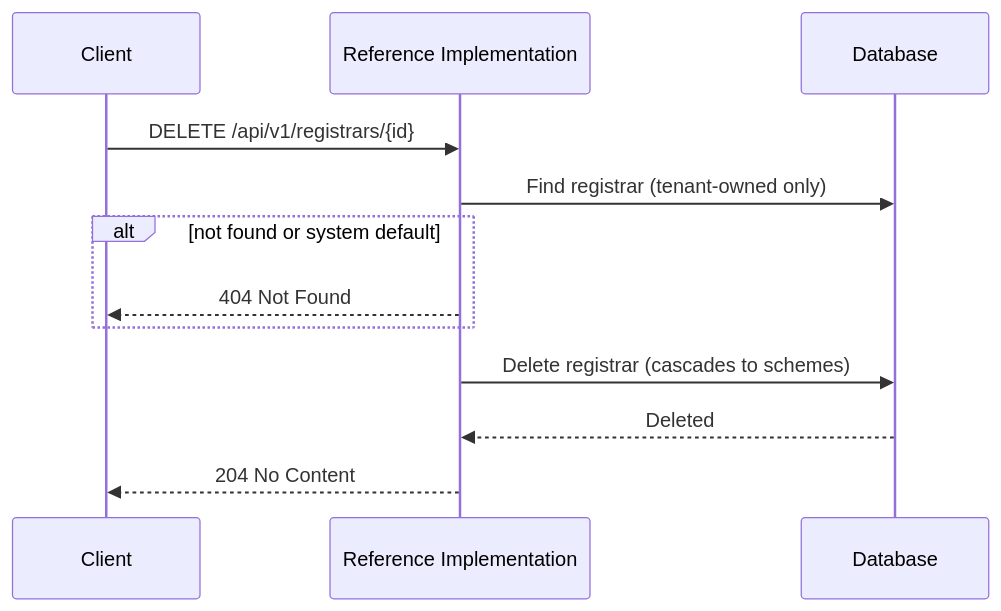
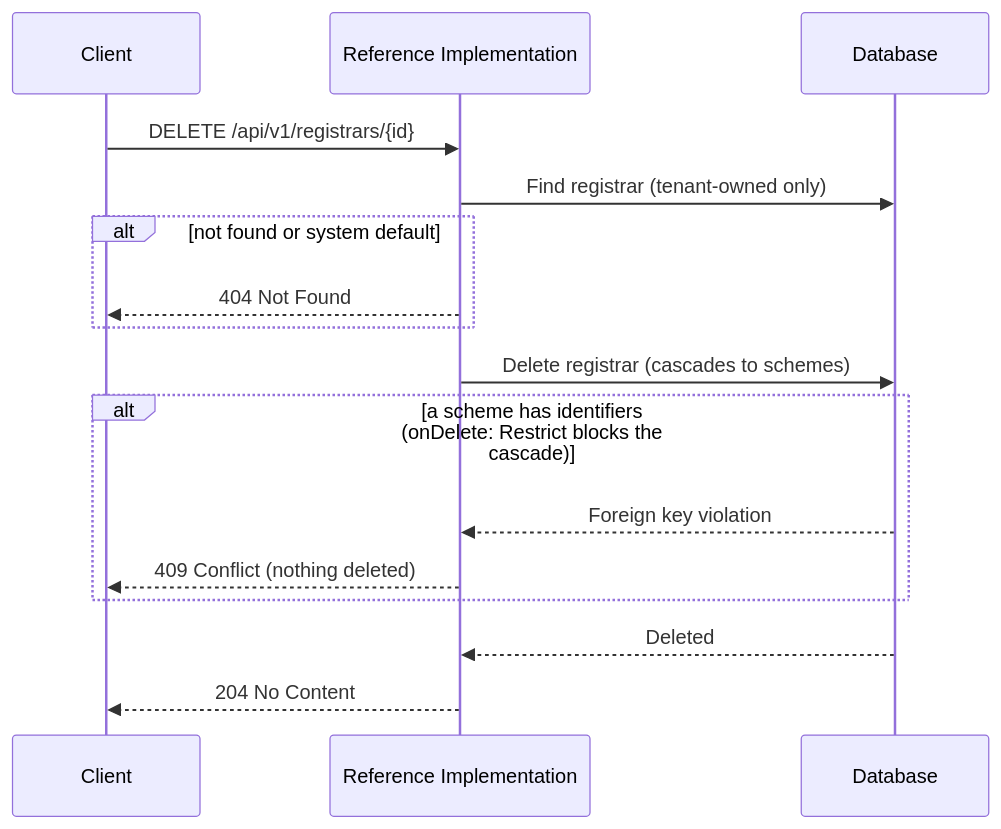
Before and after one commit to uncefact/tests-untp: the fourth of 4 diagrams in documentation/docs/reference-implementation/api/registrars.md, drawn with Mermaid. The commit also changed other lines of this file and 27 other files, not shown here.

````diff
--- a/documentation/docs/reference-implementation/api/registrars.md
+++ b/documentation/docs/reference-implementation/api/registrars.md
@@ -161,15 +183,19 @@
 ```mermaid
 sequenceDiagram
     participant Client
     participant RI as Reference Implementation
     participant DB as Database
 
     Client->>RI: DELETE /api/v1/registrars/{id}
     RI->>DB: Find registrar (tenant-owned only)
     alt not found or system default
         RI-->>Client: 404 Not Found
     end
     RI->>DB: Delete registrar (cascades to schemes)
+    alt a scheme has identifiers (onDelete: Restrict blocks the cascade)
+        DB-->>RI: Foreign key violation
+        RI-->>Client: 409 Conflict (nothing deleted)
+    end
     DB-->>RI: Deleted
     RI-->>Client: 204 No Content
 ```
````
